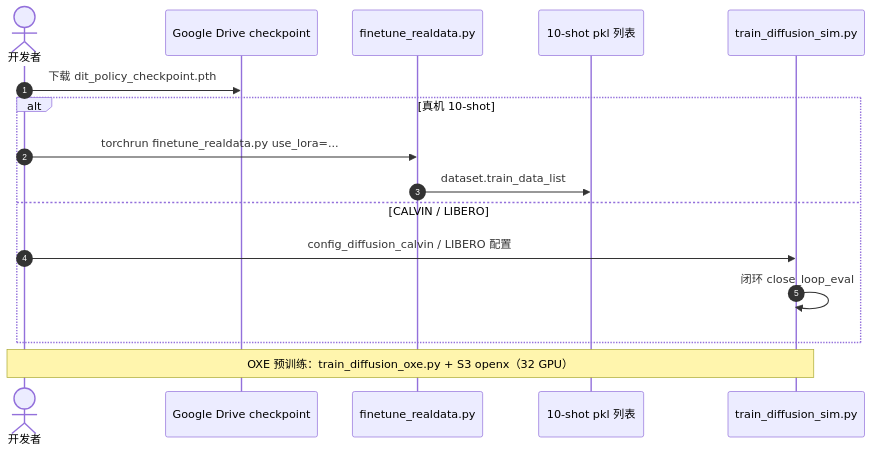
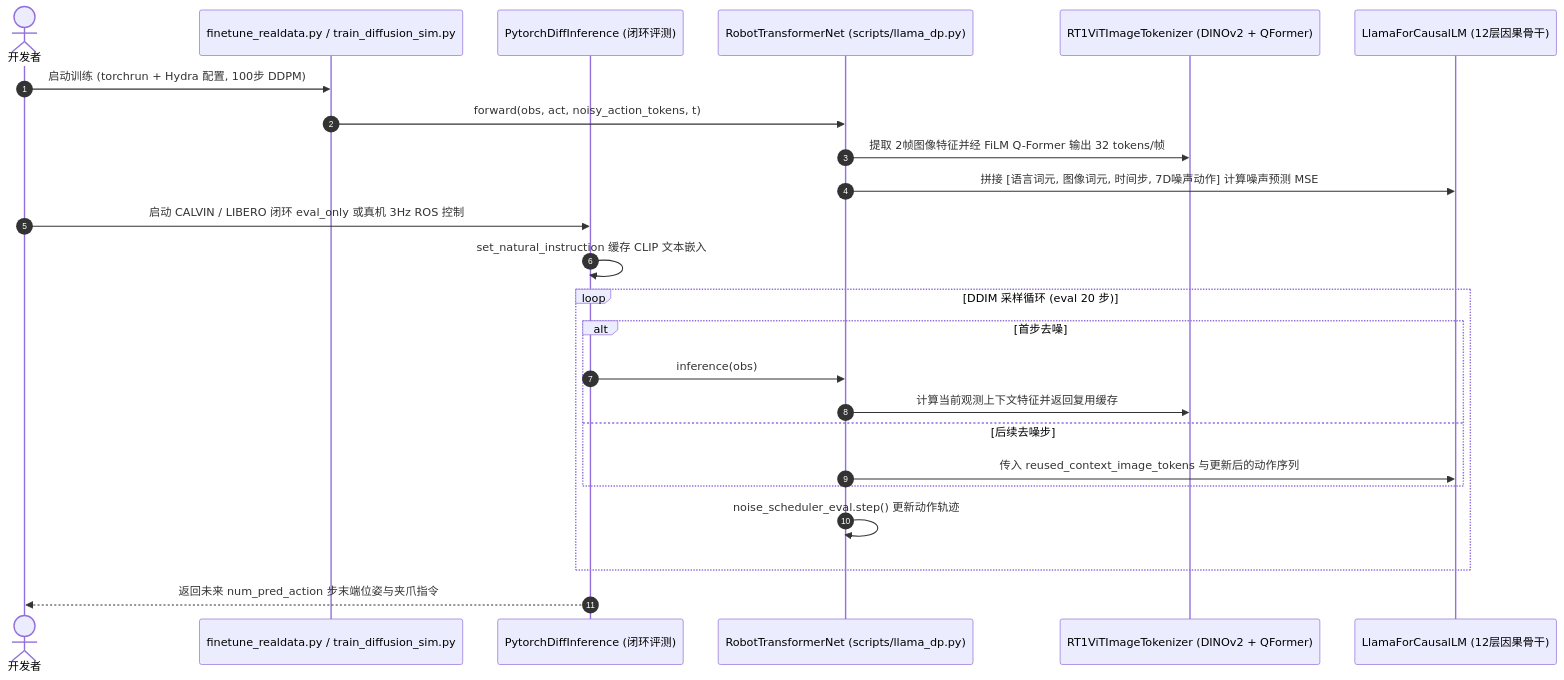
The second of 2 diagrams in wiki/entities/paper-dita-scaling-diffusion-transformer-vla.md (ImChong/Robotics_Notebooks), drawn with Mermaid before and after one commit. The commit also changed other lines of this file and 51 other files, not shown here.

````diff
--- a/wiki/entities/paper-dita-scaling-diffusion-transformer-vla.md
+++ b/wiki/entities/paper-dita-scaling-diffusion-transformer-vla.md
@@ -101,18 +156,26 @@
 ```mermaid
 sequenceDiagram
-  autonumber
-  actor Dev as 开发者
-  participant CKPT as Google Drive checkpoint
-  participant FT as finetune_realdata.py
-  participant Data as 10-shot pkl 列表
-  participant Sim as train_diffusion_sim.py
-  Dev->>CKPT: 下载 dit_policy_checkpoint.pth
-  alt 真机 10-shot
-    Dev->>FT: torchrun finetune_realdata.py use_lora=...
-    FT->>Data: dataset.train_data_list
-  else CALVIN / LIBERO
-    Dev->>Sim: config_diffusion_calvin / LIBERO 配置
-    Sim->>Sim: 闭环 close_loop_eval
-  end
-  Note over Dev,Sim: OXE 预训练：train_diffusion_oxe.py + S3 openx（32 GPU）
+    autonumber
+    actor Dev as 开发者
+    participant Entry as finetune_realdata.py / train_diffusion_sim.py
+    participant EvalWrap as PytorchDiffInference (闭环评测)
+    participant Net as RobotTransformerNet (scripts/llama_dp.py)
+    participant Vis as RT1ViTImageTokenizer (DINOv2 + QFormer)
+    participant LLM as LlamaForCausalLM (12层因果骨干)
+    Dev->>Entry: 启动训练 (torchrun + Hydra 配置, 100步 DDPM)
+    Entry->>Net: forward(obs, act, noisy_action_tokens, t)
+    Net->>Vis: 提取 2帧图像特征并经 FiLM Q-Former 输出 32 tokens/帧
+    Net->>LLM: 拼接 [语言词元, 图像词元, 时间步, 7D噪声动作] 计算噪声预测 MSE
+    Dev->>EvalWrap: 启动 CALVIN / LIBERO 闭环 eval_only 或真机 3Hz ROS 控制
+    EvalWrap->>EvalWrap: set_natural_instruction 缓存 CLIP 文本嵌入
+    loop DDIM 采样循环 (eval 20 步)
+        alt 首步去噪
+            EvalWrap->>Net: inference(obs)
+            Net->>Vis: 计算当前观测上下文特征并返回复用缓存
+        else 后续去噪步
+            Net->>LLM: 传入 reused_context_image_tokens 与更新后的动作序列
+        end
+        Net->>Net: noise_scheduler_eval.step() 更新动作轨迹
+    end
+    EvalWrap-->>Dev: 返回未来 num_pred_action 步末端位姿与夹爪指令
 ```
````
